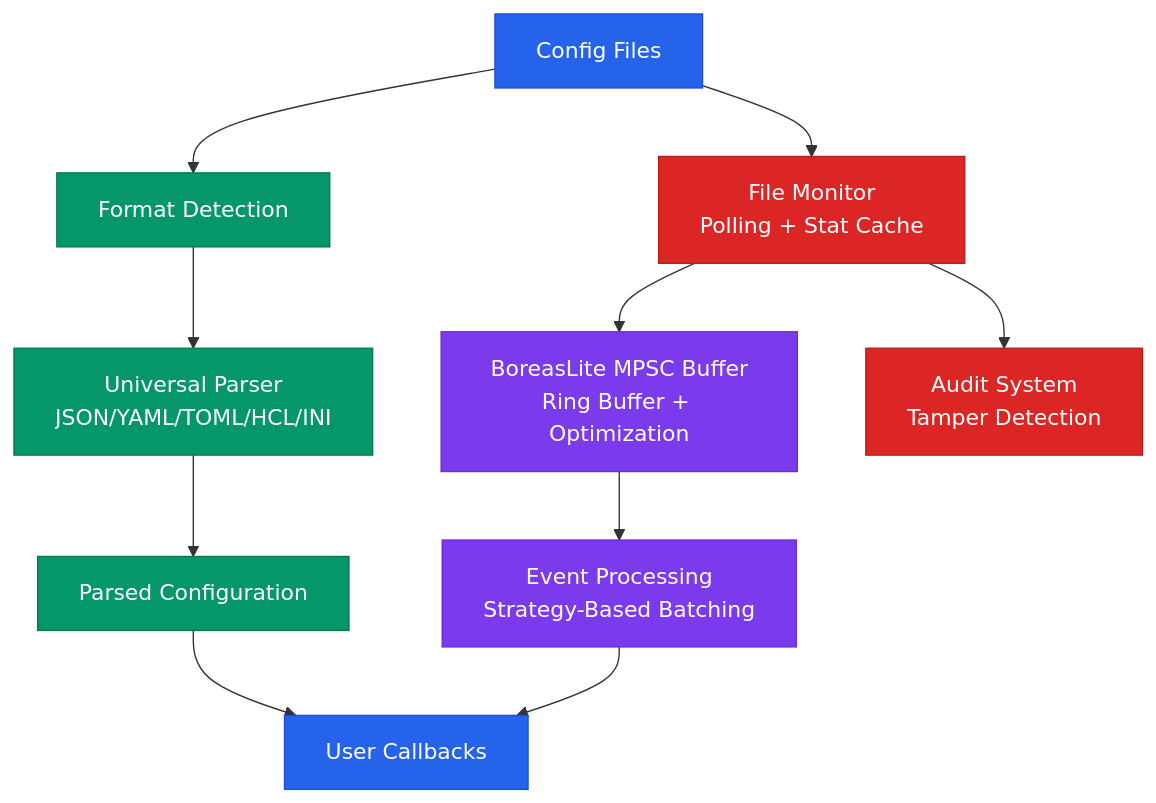
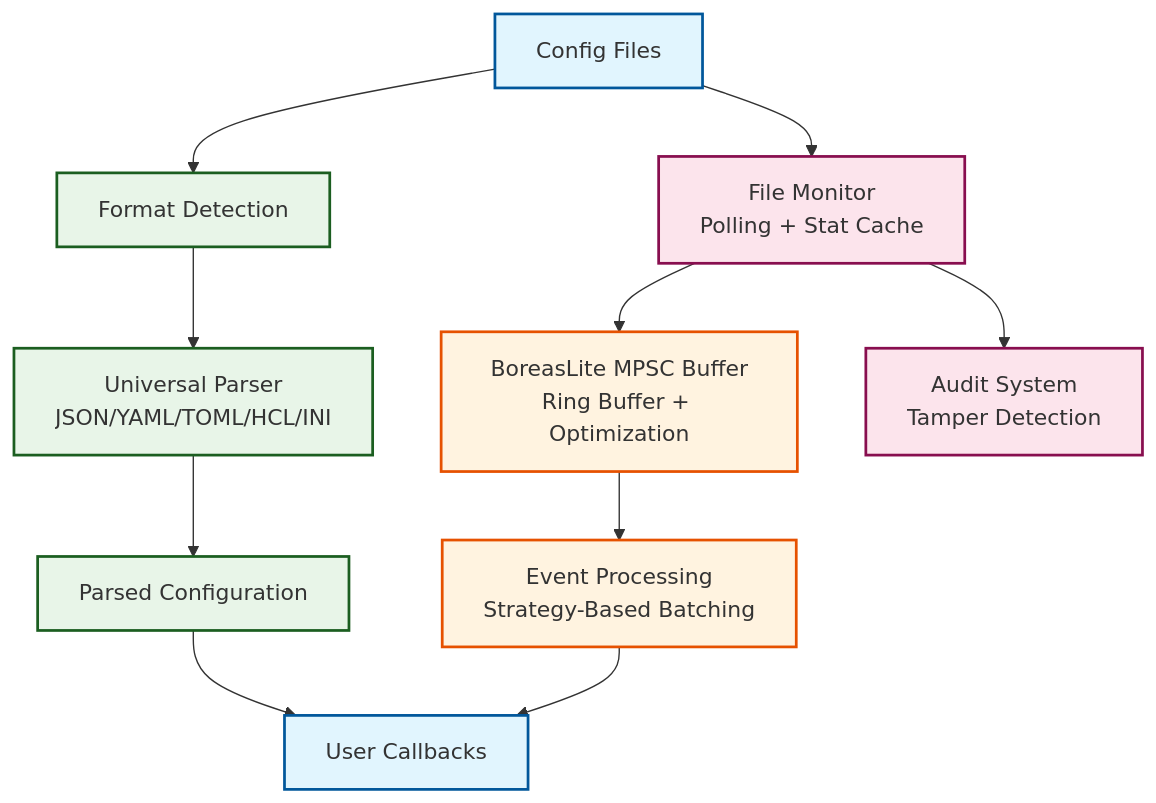
Before and after one commit to agilira/argus: the diagram in README.md, drawn with Mermaid. The commit also changed 14 other files, not shown here.

````diff
--- a/README.md
+++ b/README.md
@@ -72,22 +72,22 @@
 ```mermaid
 graph TD
     A[Config Files] --> B[Format Detection]
     A --> C[File Monitor<br/>Polling + Stat Cache]
     B --> D[Universal Parser<br/>JSON/YAML/TOML/HCL/INI]
     C --> E[BoreasLite MPSC Buffer<br/>Ring Buffer + Optimization]
     E --> F[Event Processing<br/>Strategy-Based Batching]
     F --> G[User Callbacks]
     D --> H[Parsed Configuration]
     H --> G
     C --> I[Audit System<br/>Tamper Detection]
     
-    classDef primary fill:#2563eb,stroke:#1d4ed8,color:#fff
-    classDef secondary fill:#059669,stroke:#047857,color:#fff
-    classDef audit fill:#dc2626,stroke:#b91c1c,color:#fff
-    classDef performance fill:#7c3aed,stroke:#6d28d9,color:#fff
+    classDef primary fill:#e1f5fe,stroke:#01579b,stroke-width:2px
+    classDef secondary fill:#e8f5e8,stroke:#1b5e20,stroke-width:2px
+    classDef audit fill:#fce4ec,stroke:#880e4f,stroke-width:2px
+    classDef performance fill:#fff3e0,stroke:#e65100,stroke-width:2px
     
     class A,G primary
     class B,D,H secondary
     class C,I audit
     class E,F performance
 ```
````
